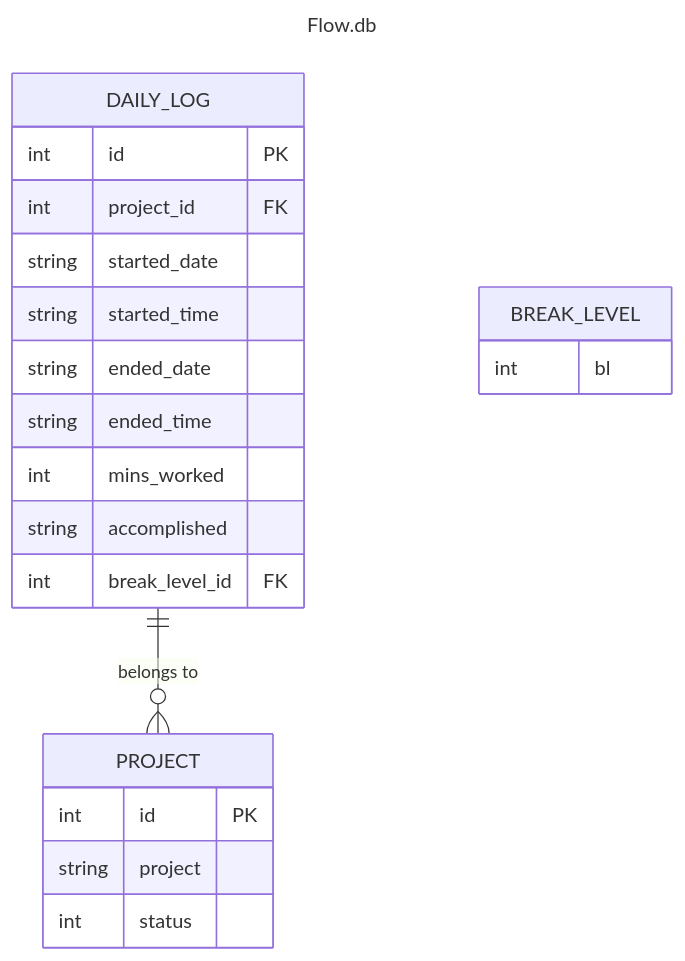
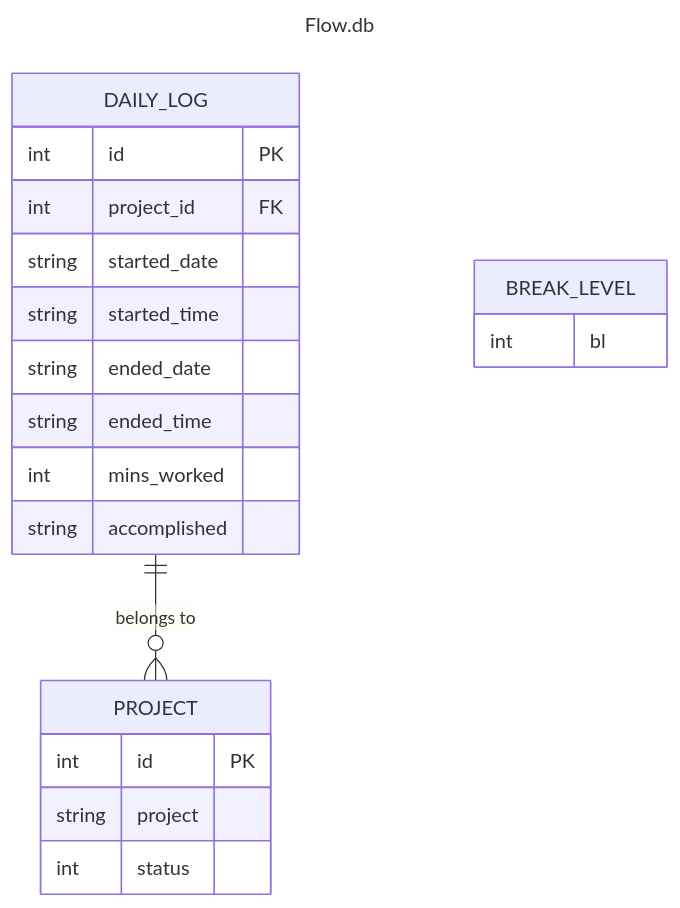
The diagram in README.md (Oddman43/Flowmodoro), drawn with Mermaid before and after one commit. The commit also changed other lines of this file, not shown here.

````diff
--- a/README.md
+++ b/README.md
@@ -52,27 +60,25 @@
 ```mermaid
 ---
 title: Flow.db
 ---
 erDiagram
-  DAILY_LOG {
-    int id PK
-    int project_id FK
-    string started_date
-    string started_time
-    string ended_date
-    string ended_time
-    int mins_worked
-    string accomplished
-    int break_level_id FK
-  }
-  PROJECT {
-    int id PK
-    string project
-    int status
-  }
-  BREAK_LEVEL {
-    int bl
-  }
-
-  DAILY_LOG ||--o{ PROJECT : "belongs to"
+  DAILY_LOG {
+    int id PK
+    int project_id FK
+    string started_date
+    string started_time
+    string ended_date
+    string ended_time
+    int mins_worked
+    string accomplished
+  }
+  PROJECT {
+    int id PK
+    string project
+    int status
+  }
+  BREAK_LEVEL {
+    int bl
+  }
+  DAILY_LOG ||--o{ PROJECT : "belongs to"
 ```
````
